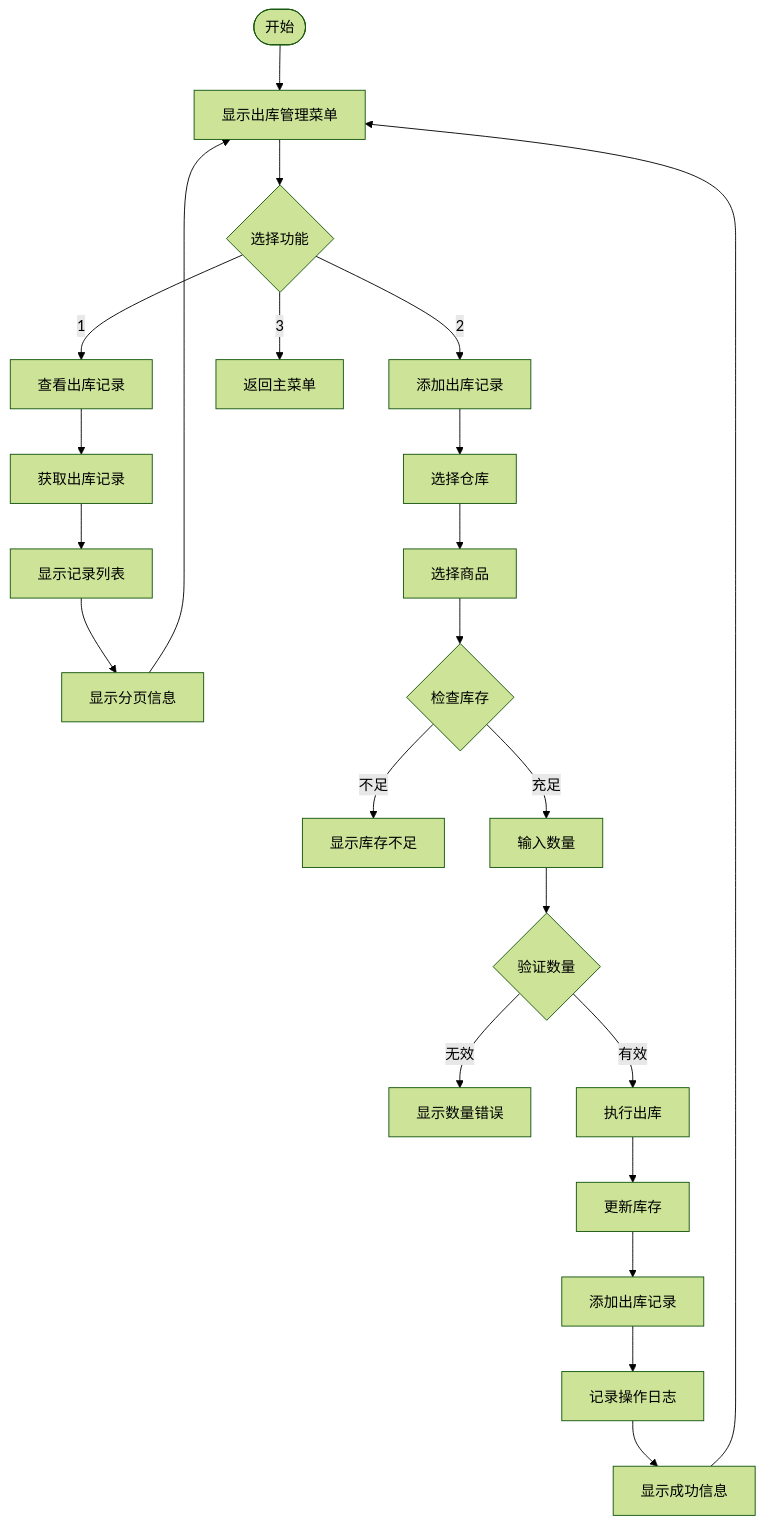
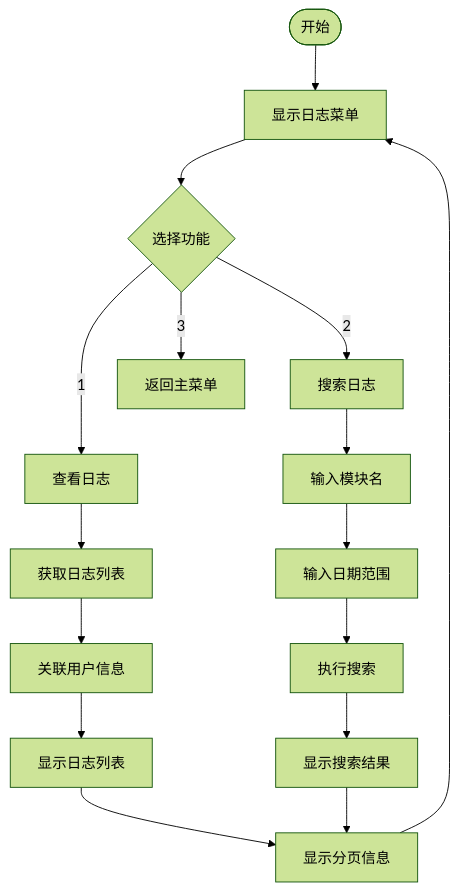
The diagram in all/未命名-1.md (smystrive/iodraw-files), drawn with Mermaid (forest theme) before and after one commit.

Commit message:
2025-01-02 15:27:57 update

````diff
--- a/all/未命名-1.md
+++ b/all/未命名-1.md
@@ -1,28 +1,21 @@
 ```mermaid
 flowchart TD
-    Start([开始]) --> ShowMenu[显示出库管理菜单]
+    Start([开始]) --> ShowMenu[显示日志菜单]
     ShowMenu --> SelectFunction{选择功能}
     
-    SelectFunction -->|1| ViewStockOut[查看出库记录]
-    SelectFunction -->|2| AddStockOut[添加出库记录]
+    SelectFunction -->|1| ViewLogs[查看日志]
+    SelectFunction -->|2| SearchLogs[搜索日志]
     SelectFunction -->|3| ReturnMain[返回主菜单]
     
-    ViewStockOut --> GetRecords[获取出库记录]
-    GetRecords --> DisplayRecords[显示记录列表]
-    DisplayRecords --> ShowPagination[显示分页信息]
-    ShowPagination --> ShowMenu
+    ViewLogs --> GetLogs[获取日志列表]
+    GetLogs --> JoinUsers[关联用户信息]
+    JoinUsers --> DisplayLogs[显示日志列表]
+    DisplayLogs --> ShowPagination[显示分页信息]
     
-    AddStockOut --> SelectWarehouse[选择仓库]
-    SelectWarehouse --> SelectGoods[选择商品]
-    SelectGoods --> CheckInventory{检查库存}
-    CheckInventory -->|不足| ShowError[显示库存不足]
-    CheckInventory -->|充足| InputQuantity[输入数量]
-    InputQuantity --> ValidateQuantity{验证数量}
-    ValidateQuantity -->|无效| ShowQuantityError[显示数量错误]
-    ValidateQuantity -->|有效| ExecuteStockOut[执行出库]
-    ExecuteStockOut --> UpdateInventory[更新库存]
-    UpdateInventory --> AddStockRecord[添加出库记录]
-    AddStockRecord --> LogOperation[记录操作日志]
-    LogOperation --> ShowSuccess[显示成功信息]
-    ShowSuccess --> ShowMenu 
+    SearchLogs --> InputModule[输入模块名]
+    InputModule --> InputDateRange[输入日期范围]
+    InputDateRange --> ExecuteSearch[执行搜索]
+    ExecuteSearch --> DisplayResults[显示搜索结果]
+    DisplayResults --> ShowPagination
+    ShowPagination --> ShowMenu 
 ```
````
